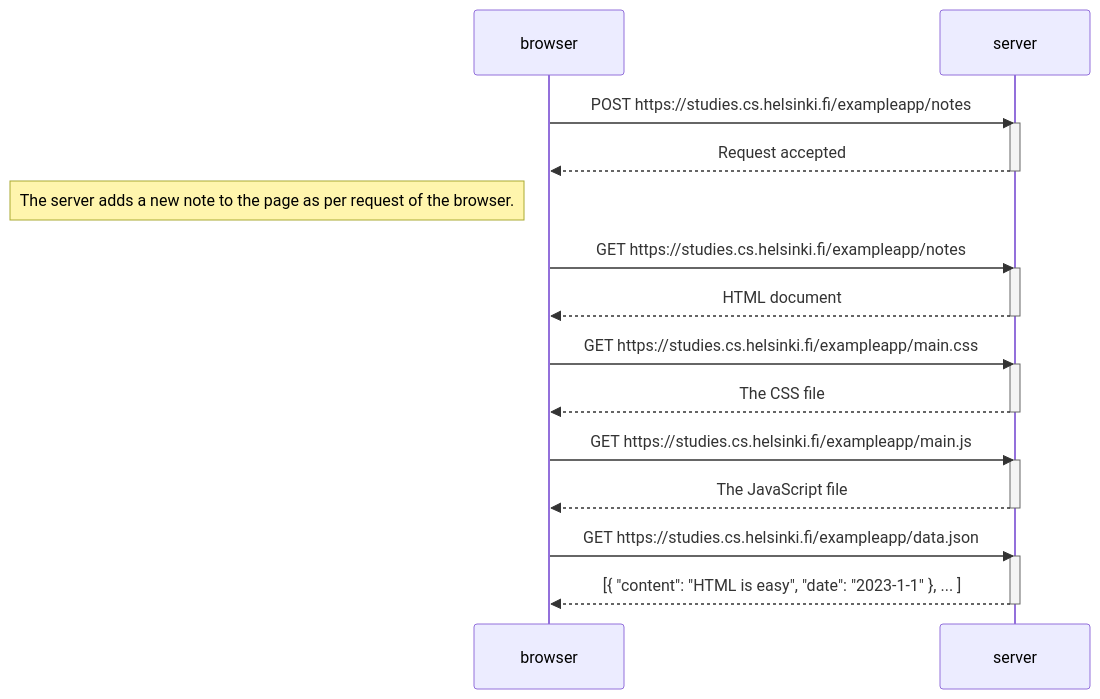
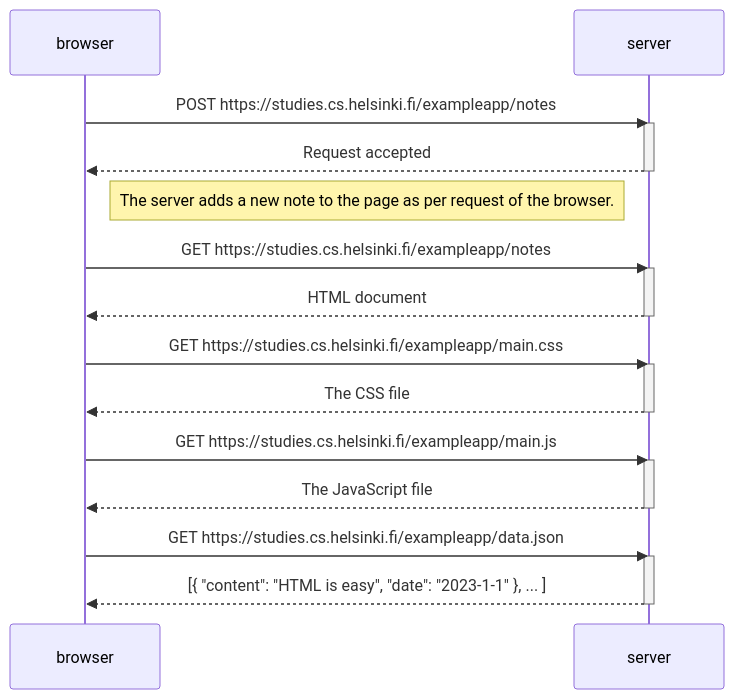
The diagram in part0/ex-0-4.md (Mohireza1/Fullstackopen), drawn with Mermaid before and after one commit.

Commit message:
styling bug fix

````diff
--- a/part0/ex-0-4.md
+++ b/part0/ex-0-4.md
@@ -3,34 +3,34 @@
 ```mermaid
     
     sequenceDiagram
     participant browser
     participant server
 
     browser->>server: POST https://studies.cs.helsinki.fi/exampleapp/notes
     activate server
     server-->>browser: Request accepted
     deactivate server
 
-    Note left of browser: The server adds a new note to the page as per request of the browser.
+    Note left of server: The server adds a new note to the page as per request of the browser.
 
         browser->>server: GET https://studies.cs.helsinki.fi/exampleapp/notes
     activate server
     server-->>browser: HTML document
     deactivate server
 
     browser->>server: GET https://studies.cs.helsinki.fi/exampleapp/main.css
     activate server
     server-->>browser: The CSS file
     deactivate server
 
     browser->>server: GET https://studies.cs.helsinki.fi/exampleapp/main.js
     activate server
     server-->>browser: The JavaScript file
     deactivate server
 
     browser->>server: GET https://studies.cs.helsinki.fi/exampleapp/data.json
     activate server
     server-->>browser: [{ "content": "HTML is easy", "date": "2023-1-1" }, ... ]
     deactivate server
 
 ```
````
